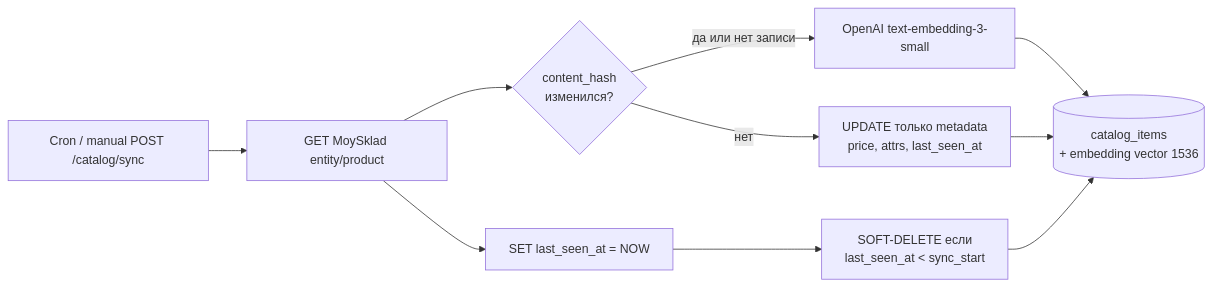
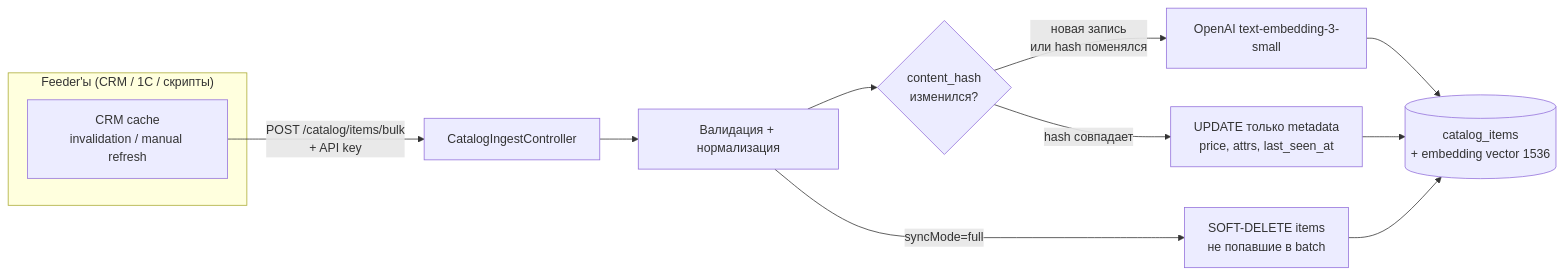
The first of 3 diagrams in docs/features/vision-catalog-search.md (Pelmenya/slovo), drawn with Mermaid before and after one commit. The commit also changed other lines of this file, not shown here.

First line of the commit message:
docs(vision): push-архитектура вместо cron/pull

````diff
--- a/docs/features/vision-catalog-search.md
+++ b/docs/features/vision-catalog-search.md
@@ -33,12 +33,16 @@
 ```mermaid
 flowchart LR
-    CRON[Cron / manual POST /catalog/sync] --> FETCH[GET MoySklad entity/product]
-    FETCH --> DIFF{content_hash<br/>изменился?}
-    DIFF -->|да или нет записи| EMBED[OpenAI text-embedding-3-small]
+    subgraph external["Feeder'ы (CRM / 1C / скрипты)"]
+        FEEDER[CRM cache<br/>invalidation / manual refresh]
+    end
+
+    FEEDER -->|POST /catalog/items/bulk<br/>+ API key| API[CatalogIngestController]
+    API --> PARSE[Валидация + нормализация]
+    PARSE --> DIFF{content_hash<br/>изменился?}
+    DIFF -->|новая запись<br/>или hash поменялся| EMBED[OpenAI text-embedding-3-small]
     EMBED --> DB[(catalog_items<br/>+ embedding vector 1536)]
-    DIFF -->|нет| META[UPDATE только metadata<br/>price, attrs, last_seen_at]
+    DIFF -->|hash совпадает| META[UPDATE только metadata<br/>price, attrs, last_seen_at]
     META --> DB
-    FETCH --> SEEN[SET last_seen_at = NOW]
-    SEEN --> GC[SOFT-DELETE если<br/>last_seen_at &lt; sync_start]
+    PARSE -->|syncMode=full| GC[SOFT-DELETE items<br/>не попавшие в batch]
     GC --> DB
 ```
````
